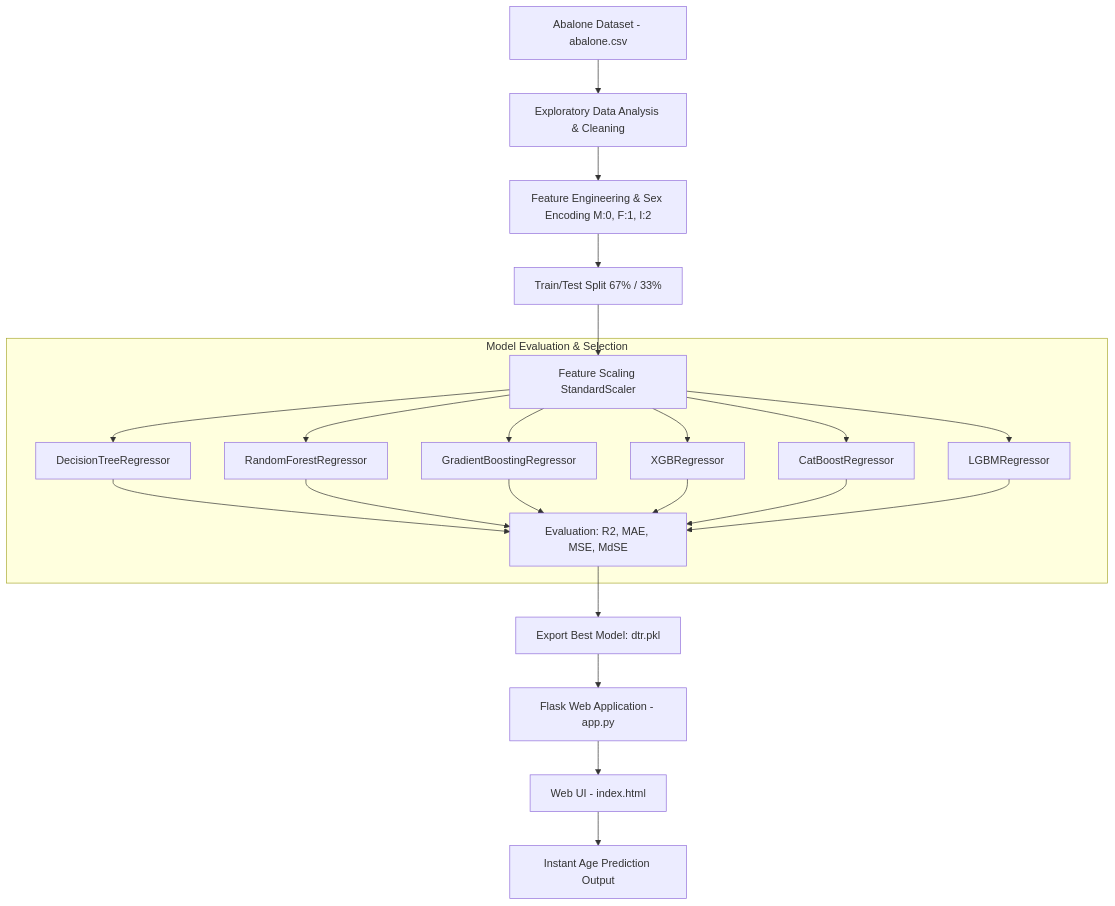
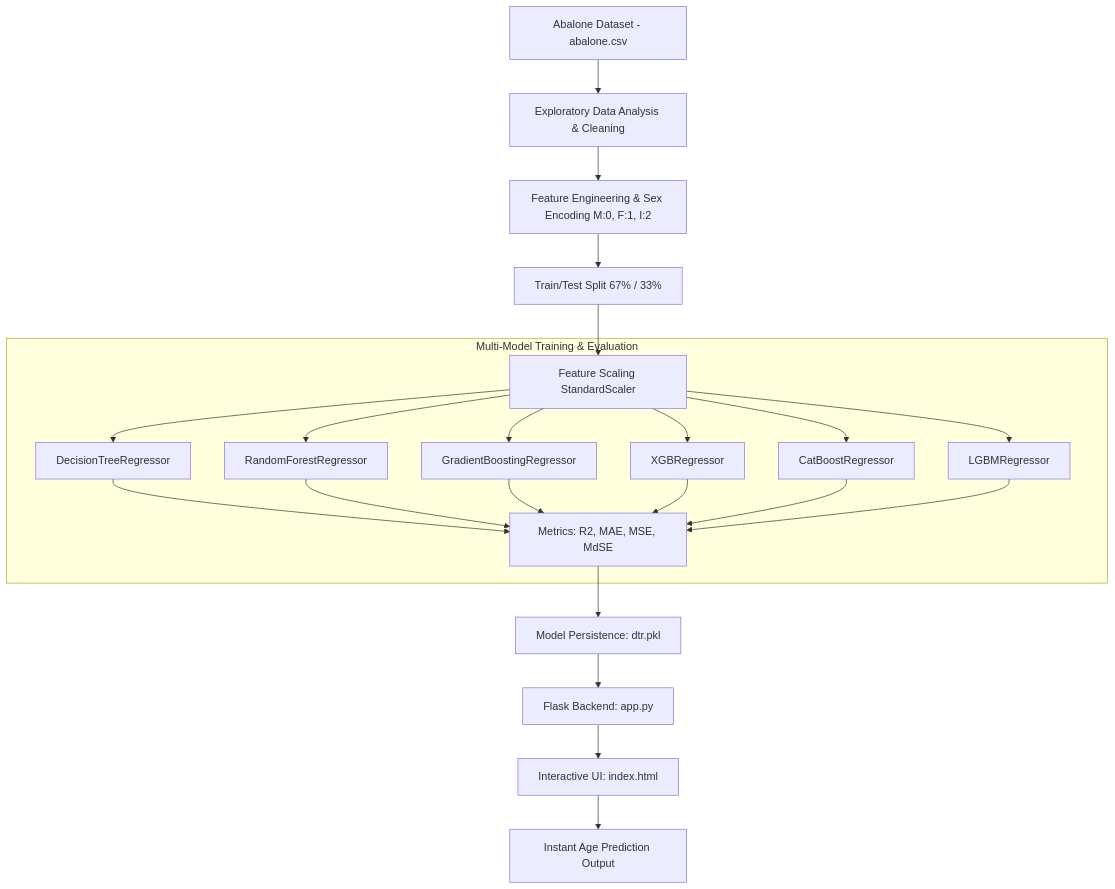
The diagram in README.md (M0saeed/Abalone-Age-Prediction-Machine-Learning), drawn with Mermaid before and after one commit. The commit also changed other lines of this file, not shown here.

````diff
--- a/README.md
+++ b/README.md
@@ -58,27 +61,27 @@
 ```mermaid
 graph TD
     A[Abalone Dataset - abalone.csv] --> B[Exploratory Data Analysis & Cleaning]
     B --> C[Feature Engineering & Sex Encoding M:0, F:1, I:2]
     C --> D[Train/Test Split 67% / 33%]
     D --> E[Feature Scaling StandardScaler]
     
-    subgraph Model Evaluation & Selection
+    subgraph Multi-Model Training & Evaluation
         E --> M1[DecisionTreeRegressor]
         E --> M2[RandomForestRegressor]
         E --> M3[GradientBoostingRegressor]
         E --> M4[XGBRegressor]
         E --> M5[CatBoostRegressor]
         E --> M6[LGBMRegressor]
-        M1 --> EV[Evaluation: R2, MAE, MSE, MdSE]
+        M1 --> EV[Metrics: R2, MAE, MSE, MdSE]
         M2 --> EV
         M3 --> EV
         M4 --> EV
         M5 --> EV
         M6 --> EV
     end
     
-    EV --> F[Export Best Model: dtr.pkl]
-    F --> G[Flask Web Application - app.py]
-    G --> H[Web UI - index.html]
+    EV --> F[Model Persistence: dtr.pkl]
+    F --> G[Flask Backend: app.py]
+    G --> H[Interactive UI: index.html]
     H --> I[Instant Age Prediction Output]
 ```
````
